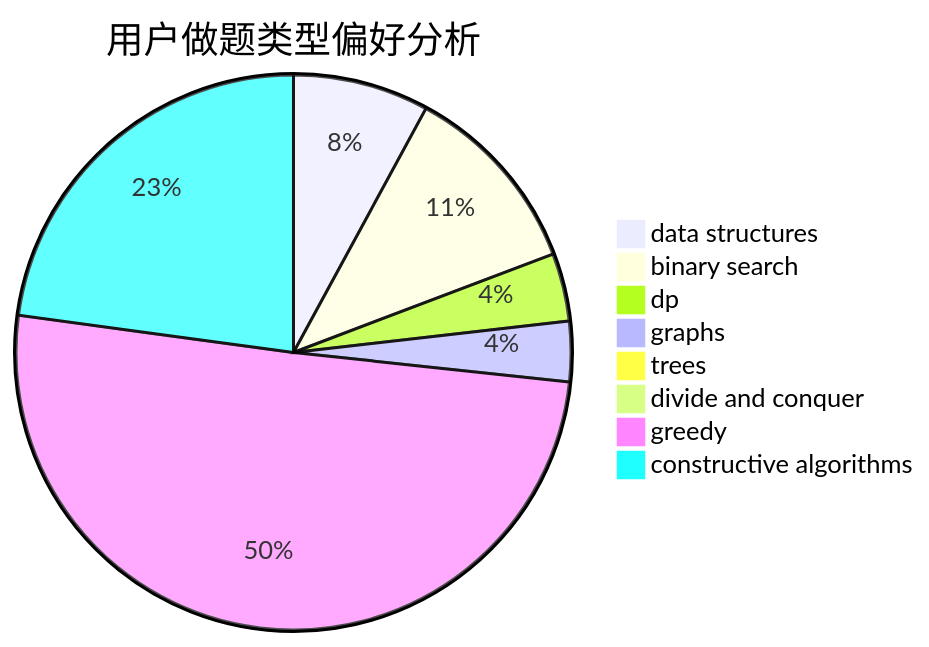
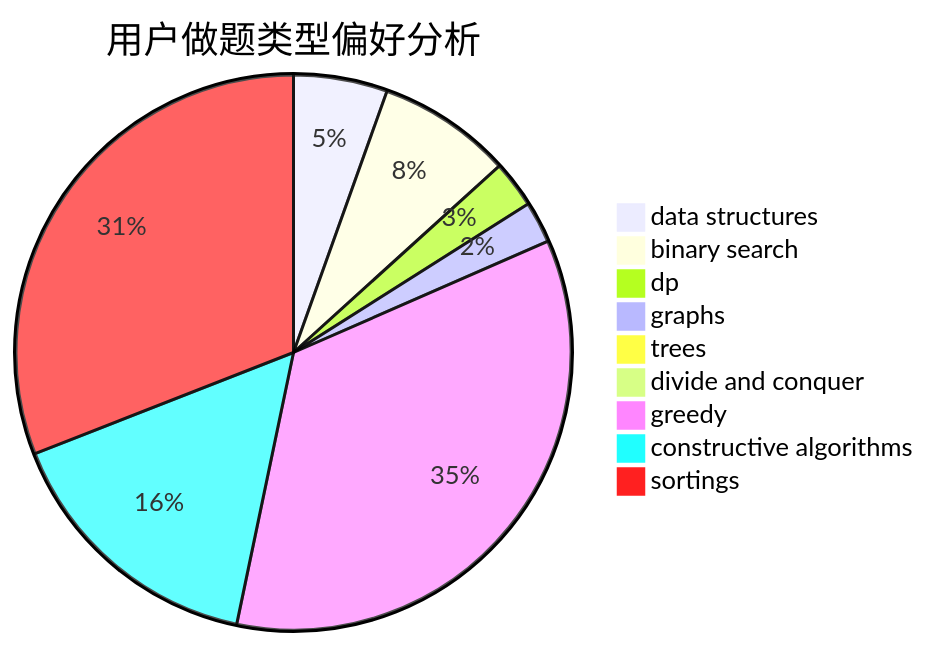
The second of 3 diagrams in docs/user/u866.md (sherpahu/cfrs.github.io), drawn with Mermaid before and after one commit. The commit also changed other lines of this file and 2769 other files, not shown here.

````diff
--- a/docs/user/u866.md
+++ b/docs/user/u866.md
@@ -23,11 +18,12 @@
 ```mermaid
 pie title 用户做题类型偏好分析
     "data structures" :  70
     "binary search" :  100
     "dp" :  35
     "graphs" :  31
     "trees" :  1
     "divide and conquer" :  0
     "greedy" :  446
     "constructive algorithms" :  202
+    "sortings" :  396
 ```
````
